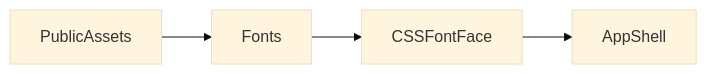
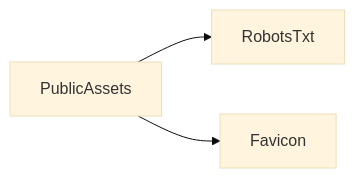
One commit to michaelnji/kira changed the diagram in codebase-docs/modules/public-assets.md. Above: the diagram before and after it, drawn with Mermaid (base theme). The commit also changed other lines of this file and 13 other files, not shown here.

````diff
--- a/codebase-docs/modules/public-assets.md
+++ b/codebase-docs/modules/public-assets.md
@@ -47,6 +43,5 @@
 ```mermaid
 flowchart LR
-  PublicAssets --> Fonts
-  Fonts --> CSSFontFace
-  CSSFontFace --> AppShell
+  PublicAssets --> RobotsTxt
+  PublicAssets --> Favicon
 ```
````
